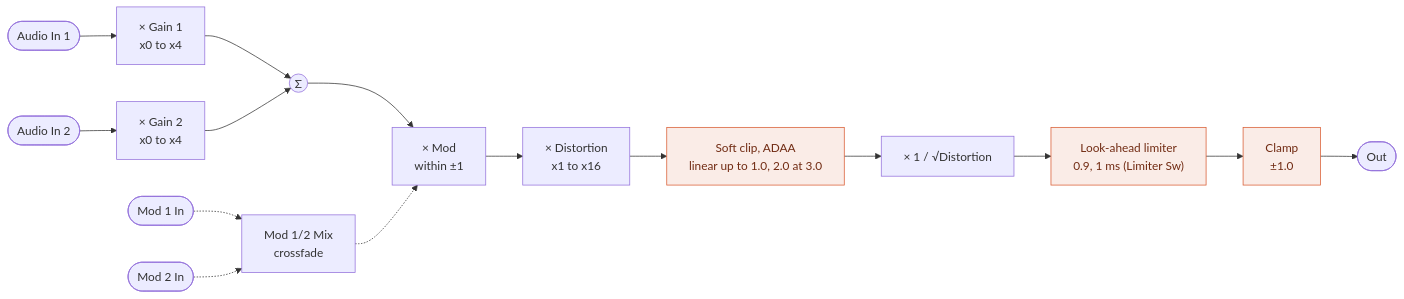
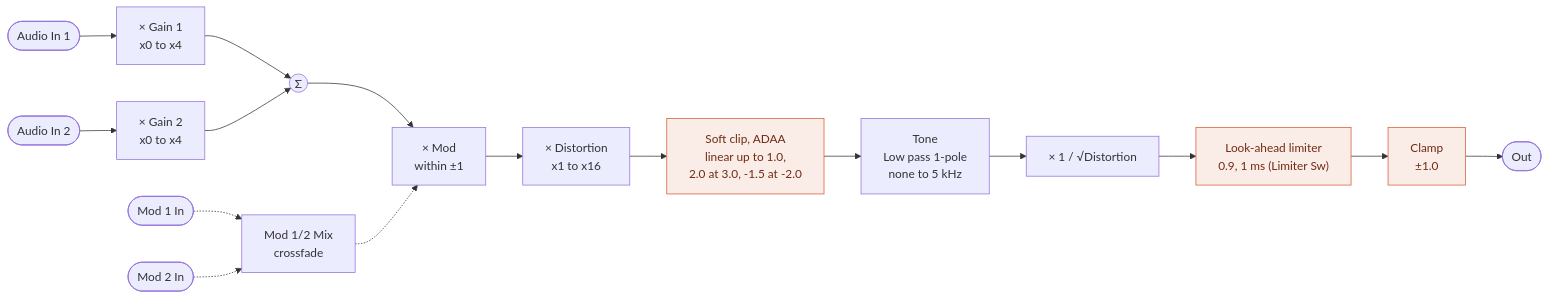
The third of 5 diagrams in spms1_type2/spms1_patching.md (risgk/midi_synthesizer_spms1), drawn with Mermaid before and after one commit. The commit also changed other lines of this file and 6 other files, not shown here.

First line of the commit message:
type-2: Amp 1 Distortion: a tone after the curve, and a shoulder below zero half as long

````diff
--- a/spms1_type2/spms1_patching.md
+++ b/spms1_type2/spms1_patching.md
@@ -155,19 +155,20 @@
 ```mermaid
 flowchart LR
   IN1([Audio In 1]) --> G1["× Gain 1<br/>x0 to x4"]
   IN2([Audio In 2]) --> G2["× Gain 2<br/>x0 to x4"]
   G1 --> SUM((Σ))
   G2 --> SUM
   SUM --> M["× Mod<br/>within ±1"]
   MOD1([Mod 1 In]) -.-> MX["Mod 1/2 Mix<br/>crossfade"]
   MOD2([Mod 2 In]) -.-> MX
   MX -.-> M
   M --> DRV["× Distortion<br/>x1 to x16"]
-  DRV --> SC["Soft clip, ADAA<br/>linear up to 1.0, 2.0 at 3.0"]
-  SC --> MU["× 1 / √Distortion"]
+  DRV --> SC["Soft clip, ADAA<br/>linear up to 1.0,<br/>2.0 at 3.0, -1.5 at -2.0"]
+  SC --> TONE["Tone<br/>Low pass 1-pole<br/>none to 5 kHz"]
+  TONE --> MU["× 1 / √Distortion"]
   MU --> LIM["Look-ahead limiter<br/>0.9, 1 ms (Limiter Sw)"]
   LIM --> CL["Clamp<br/>±1.0"]
   CL --> OUT([Out])
   classDef nl fill:#FAECE7,stroke:#D85A30,color:#712B13
   class SC,LIM,CL nl
 ```
````
